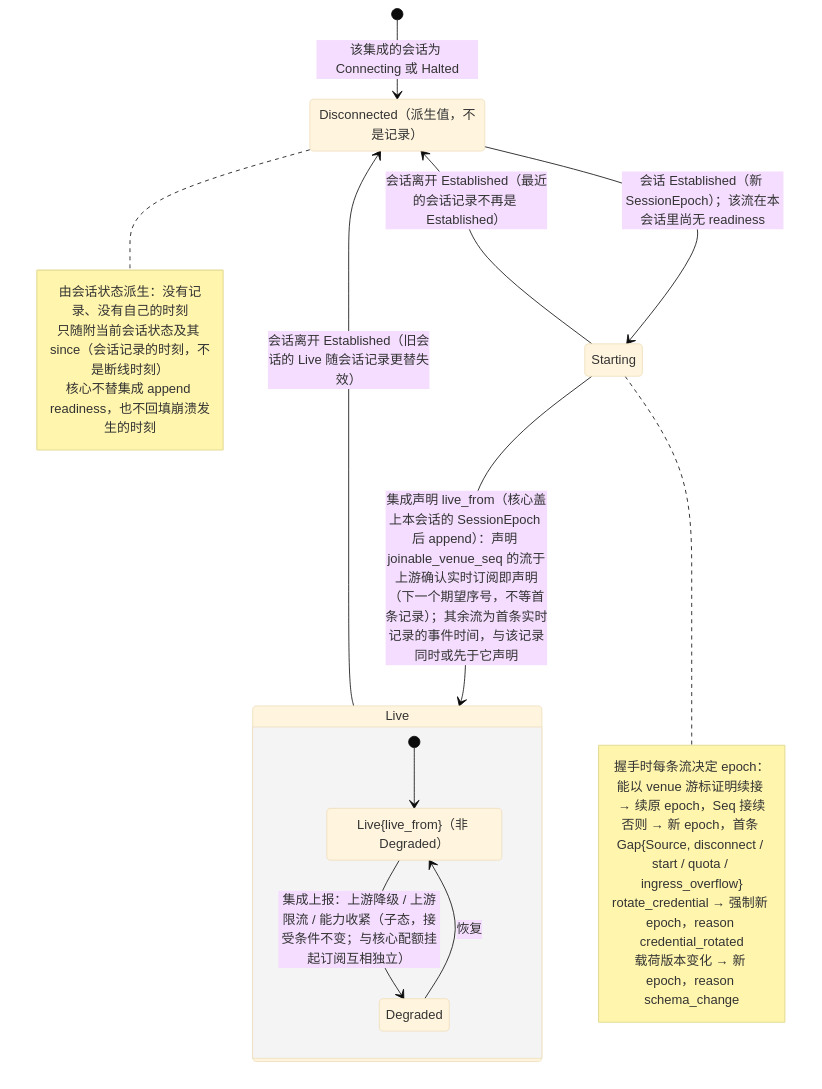
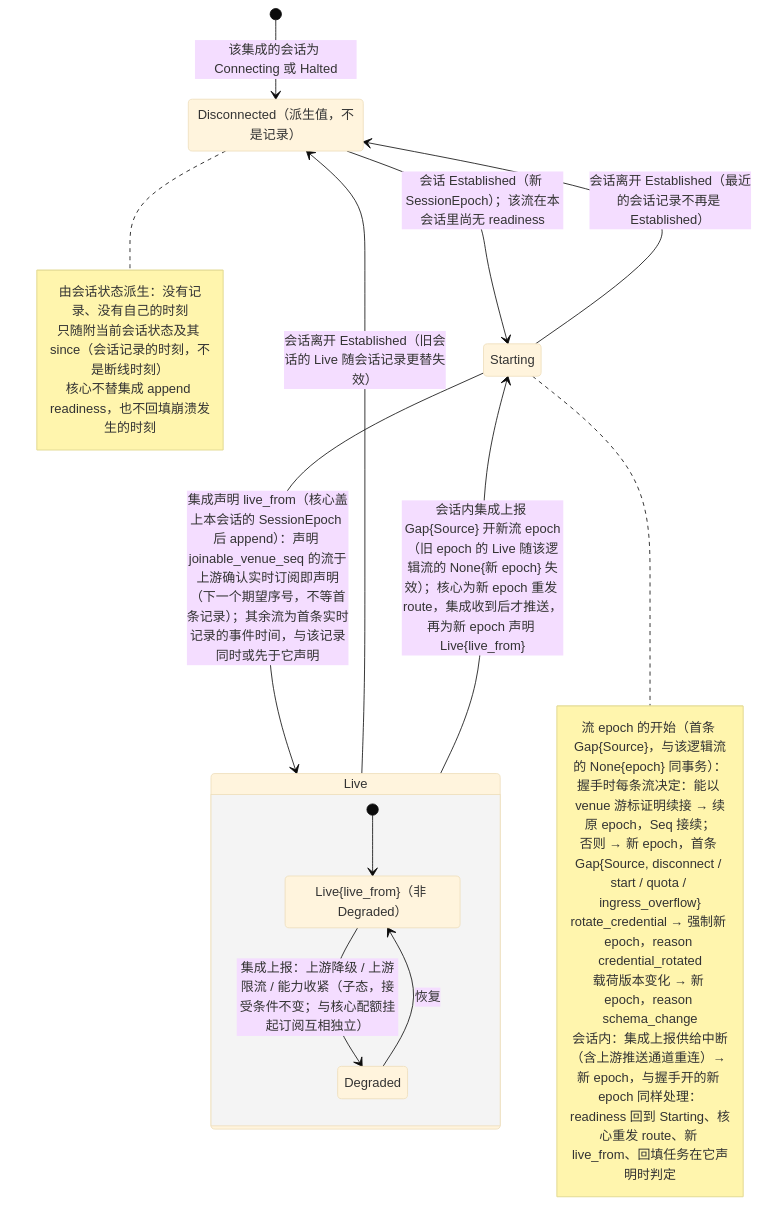
Before and after one commit to mouriya-s-lab/uta: the second of 6 diagrams in design/diagrams/03-observation-ingest.md, drawn with Mermaid (base theme). The commit also changed other lines of this file and 8 other files, not shown here.

Commit message:
design: push_ordered as fourth declared order evidence, coverage from route-conclusion records with route re-sent per stream epoch, mid-session stream epochs, opaque completeness token downstream, sources without session state, diagram fixes

````diff
--- a/design/diagrams/03-observation-ingest.md
+++ b/design/diagrams/03-observation-ingest.md
@@ -51,27 +51,30 @@
 ```mermaid
 stateDiagram-v2
   state "Disconnected（派生值，不是记录）" as DC
   state "Live{live_from}（非 Degraded）" as LN
   [*] --> DC : 该集成的会话为 Connecting 或 Halted
   DC --> Starting : 会话 Established（新 SessionEpoch）；该流在本会话里尚无 readiness
   Starting --> Live : 集成声明 live_from（核心盖上本会话的 SessionEpoch 后 append）：声明 joinable_venue_seq 的流于上游确认实时订阅即声明（下一个期望序号，不等首条记录）；其余流为首条实时记录的事件时间，与该记录同时或先于它声明
   state Live {
     [*] --> LN
     LN --> Degraded : 集成上报：上游降级 / 上游限流 / 能力收紧（子态，接受条件不变；与核心配额挂起订阅互相独立）
     Degraded --> LN : 恢复
   }
   Starting --> DC : 会话离开 Established（最近的会话记录不再是 Established）
   Live --> DC : 会话离开 Established（旧会话的 Live 随会话记录更替失效）
+  Live --> Starting : 会话内集成上报 Gap{Source} 开新流 epoch（旧 epoch 的 Live 随该逻辑流的 None{新 epoch} 失效）；核心为新 epoch 重发 route，集成收到后才推送，再为新 epoch 声明 Live{live_from}
   note right of DC
     由会话状态派生：没有记录、没有自己的时刻
     只随附当前会话状态及其 since（会话记录的时刻，不是断线时刻）
     核心不替集成 append readiness，也不回填崩溃发生的时刻
   end note
   note right of Starting
-    握手时每条流决定 epoch：
-    能以 venue 游标证明续接 → 续原 epoch，Seq 接续
+    流 epoch 的开始（首条 Gap{Source}，与该逻辑流的 None{epoch} 同事务）：
+    握手时每条流决定：能以 venue 游标证明续接 → 续原 epoch，Seq 接续；
     否则 → 新 epoch，首条 Gap{Source, disconnect / start / quota / ingress_overflow}
     rotate_credential → 强制新 epoch，reason credential_rotated
     载荷版本变化 → 新 epoch，reason schema_change
+    会话内：集成上报供给中断（含上游推送通道重连）→ 新 epoch，与握手开的新 epoch 同样处理：
+    readiness 回到 Starting、核心重发 route、新 live_from、回填任务在它声明时判定
   end note
 ```
````
